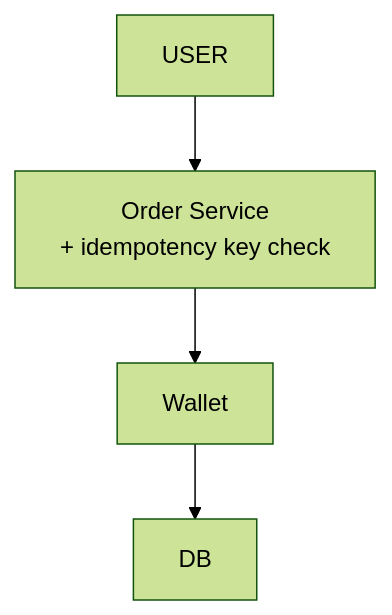
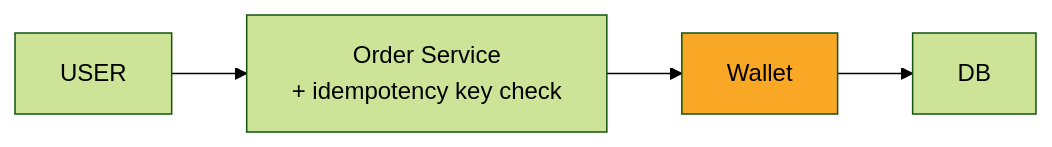
One commit to ArpanMaheshwari144/Prep changed the third of 10 diagrams in 04_HLD/SYSTEM_DESIGNS/05_stock_broker_trading/05_stock_broker_trading.md. Above: the diagram before and after it, drawn with Mermaid (forest theme). The commit also changed other lines of this file, not shown here.

Commit message:
stock: diagrams left to right, new box highlighted

````diff
--- a/04_HLD/SYSTEM_DESIGNS/05_stock_broker_trading/05_stock_broker_trading.md
+++ b/04_HLD/SYSTEM_DESIGNS/05_stock_broker_trading/05_stock_broker_trading.md
@@ -141,10 +142,11 @@
 ```mermaid
-flowchart TD
+flowchart LR
     n_USER["USER"]
     n_Order_Service["Order Service<br/>+ idempotency key check"]
     n_Wallet["Wallet"]
     n_DB["DB"]
     n_USER --> n_Order_Service
     n_Order_Service --> n_Wallet
     n_Wallet --> n_DB
+    style n_Wallet fill:#f9a825,color:#000
 ```
````
